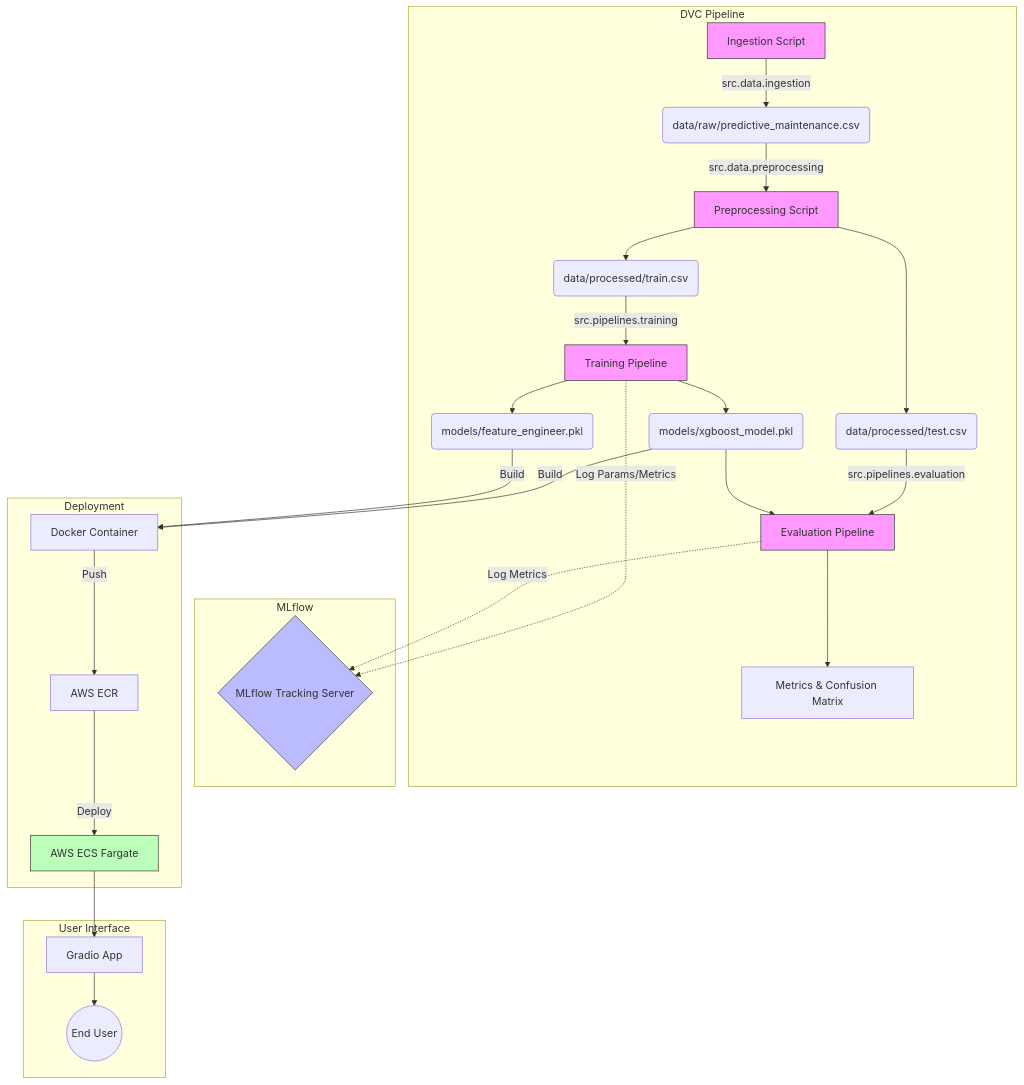
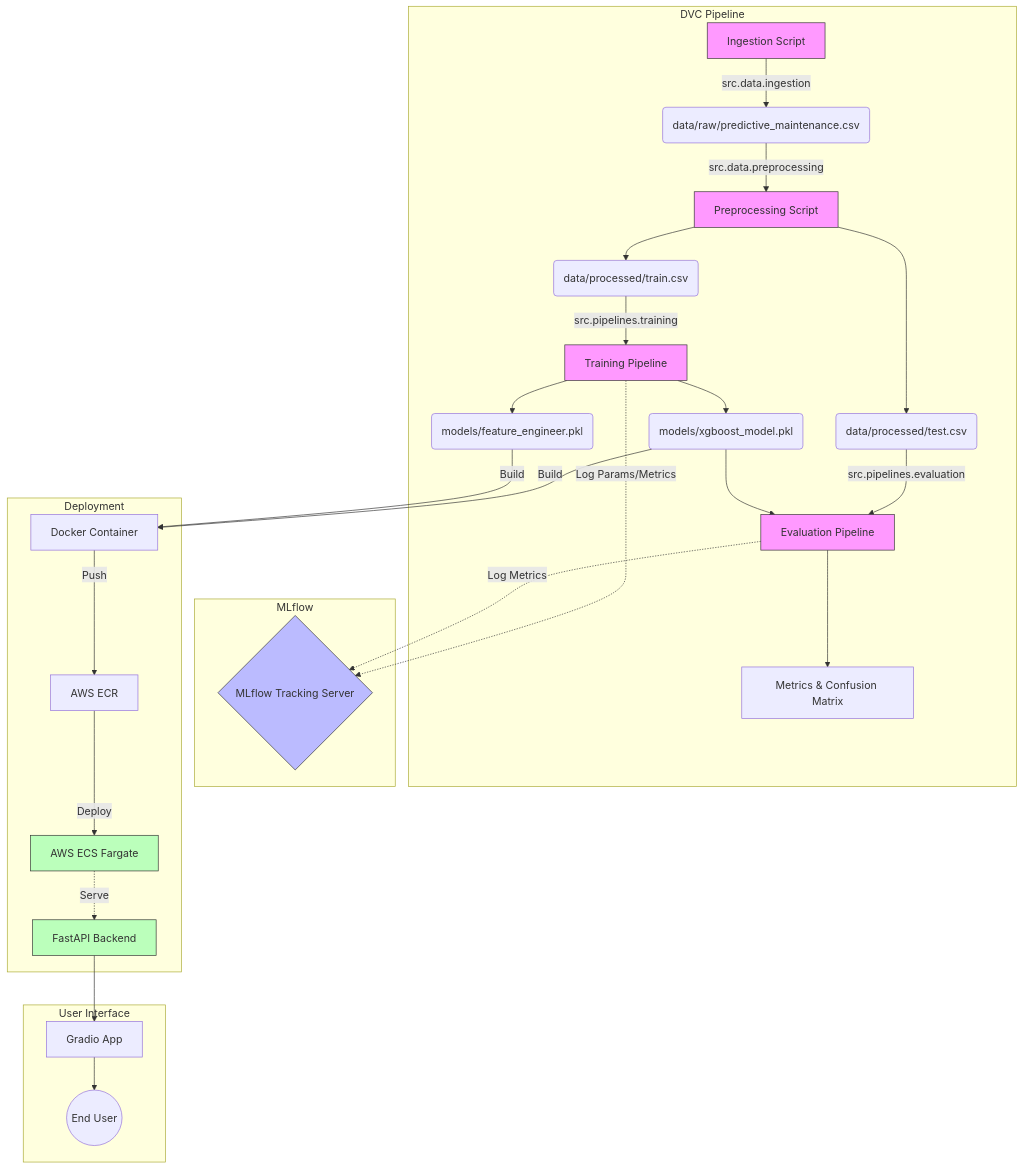
Before and after one commit to aymanz12/predictive-maintenance: the diagram in README.md, drawn with Mermaid. The commit also changed other lines of this file, not shown here.

Commit message:
Add FastAPI to architecture diagram and tech stack

````diff
--- a/README.md
+++ b/README.md
@@ -9,39 +9,41 @@
 ```mermaid
 graph TD
     subgraph DVC Pipeline
         A[Ingestion Script] -->|src.data.ingestion| B(data/raw/predictive_maintenance.csv)
         B -->|src.data.preprocessing| C[Preprocessing Script]
         C --> D(data/processed/train.csv)
         C --> E(data/processed/test.csv)
         D -->|src.pipelines.training| F[Training Pipeline]
         F --> G(models/xgboost_model.pkl)
         F --> H(models/feature_engineer.pkl)
         E -->|src.pipelines.evaluation| I[Evaluation Pipeline]
         G --> I
         I --> J[Metrics & Confusion Matrix]
     end
 
     subgraph MLflow
         F -.->|Log Params/Metrics| K{MLflow Tracking Server}
         I -.->|Log Metrics| K
     end
 
     subgraph Deployment
         G -->|Build| L[Docker Container]
         H -->|Build| L
         L -->|Push| M[AWS ECR]
         M -->|Deploy| N[AWS ECS Fargate]
+        N -.->|Serve| Q[FastAPI Backend]
     end
 
     subgraph User Interface
-        N --> O[Gradio App]
+        Q --> O[Gradio App]
         O --> P((End User))
     end
 
     style A fill:#f9f,stroke:#333
     style C fill:#f9f,stroke:#333
     style F fill:#f9f,stroke:#333
     style I fill:#f9f,stroke:#333
     style K fill:#bbf,stroke:#333
     style N fill:#bfb,stroke:#333
+    style Q fill:#bfb,stroke:#333
 ```
````
